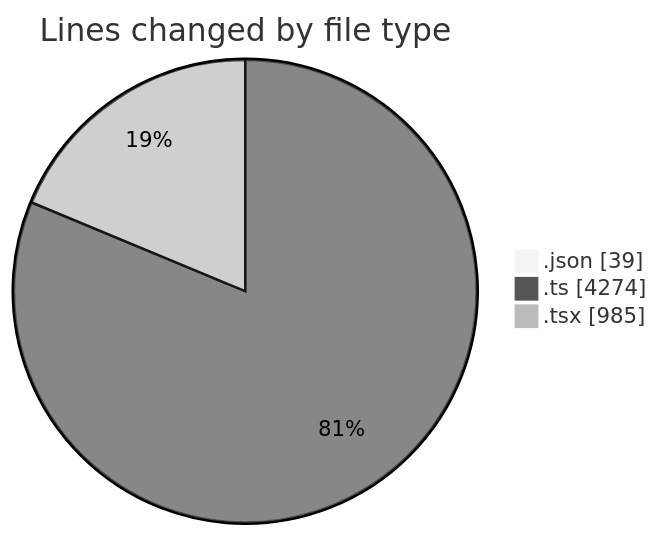
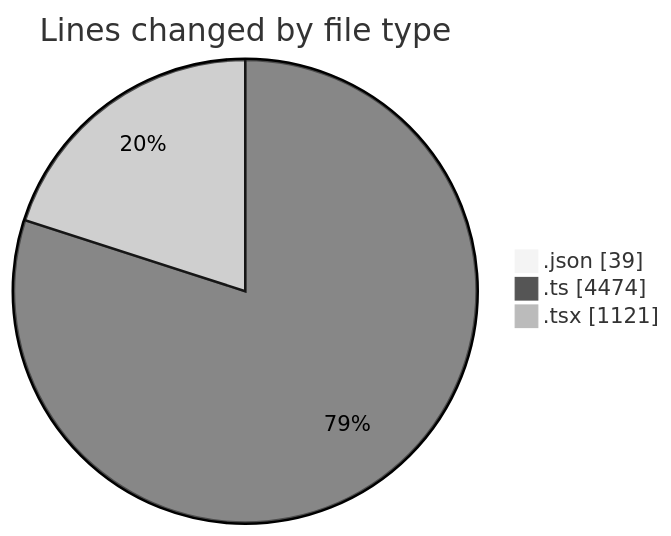
One commit to lephambinh05/code-tracking changed the first of 2 diagrams in 2025-09-13/napxuvn/README.md. Above: the diagram before and after it, drawn with Mermaid (neutral theme). The commit also changed other lines of this file and 1 other file, not shown here.

````diff
--- a/2025-09-13/napxuvn/README.md
+++ b/2025-09-13/napxuvn/README.md
@@ -40,7 +42,7 @@
 ```mermaid
 pie showData
 title Lines changed by file type
 ".json" : 39
-".ts" : 4274
-".tsx" : 985
+".ts" : 4474
+".tsx" : 1121
 ```
````
